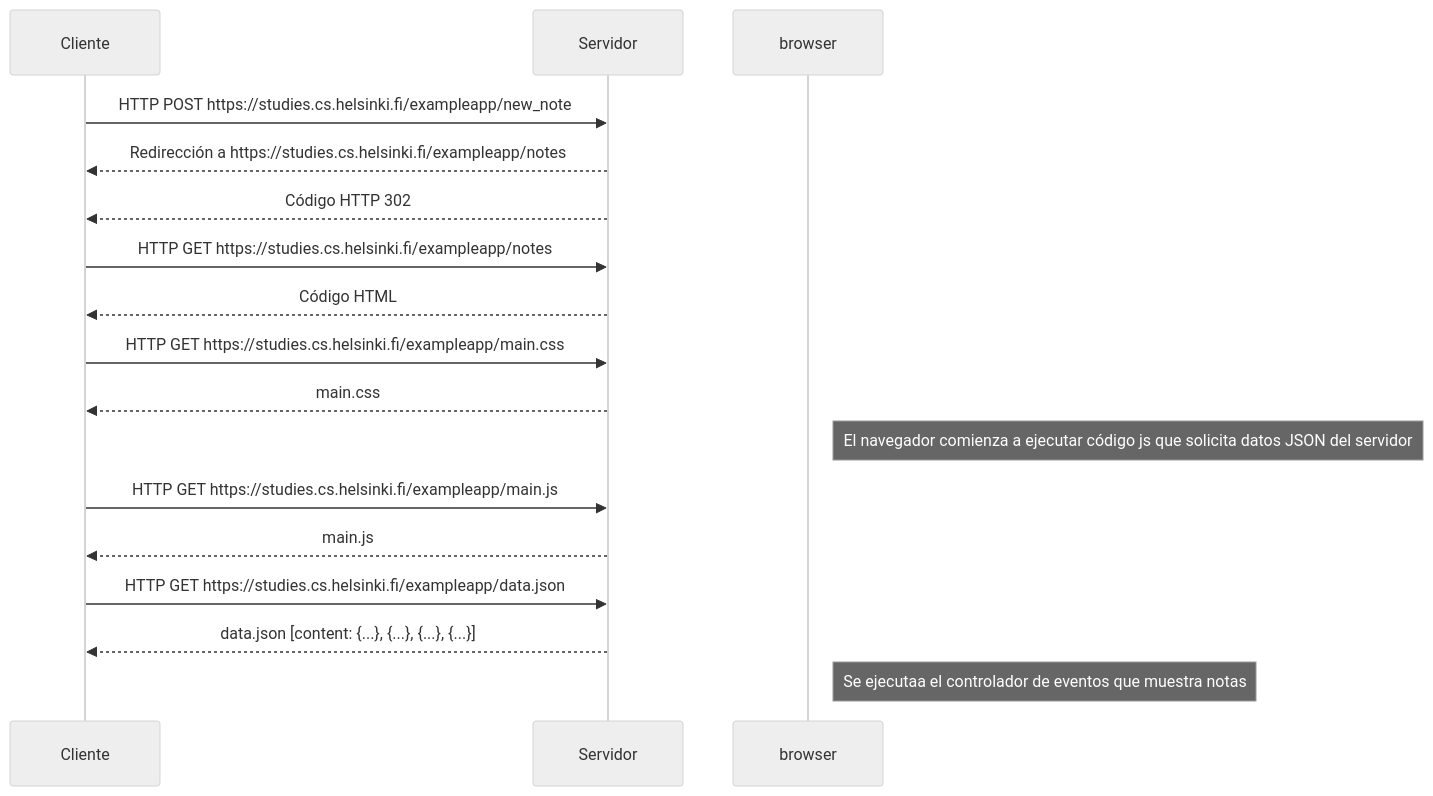
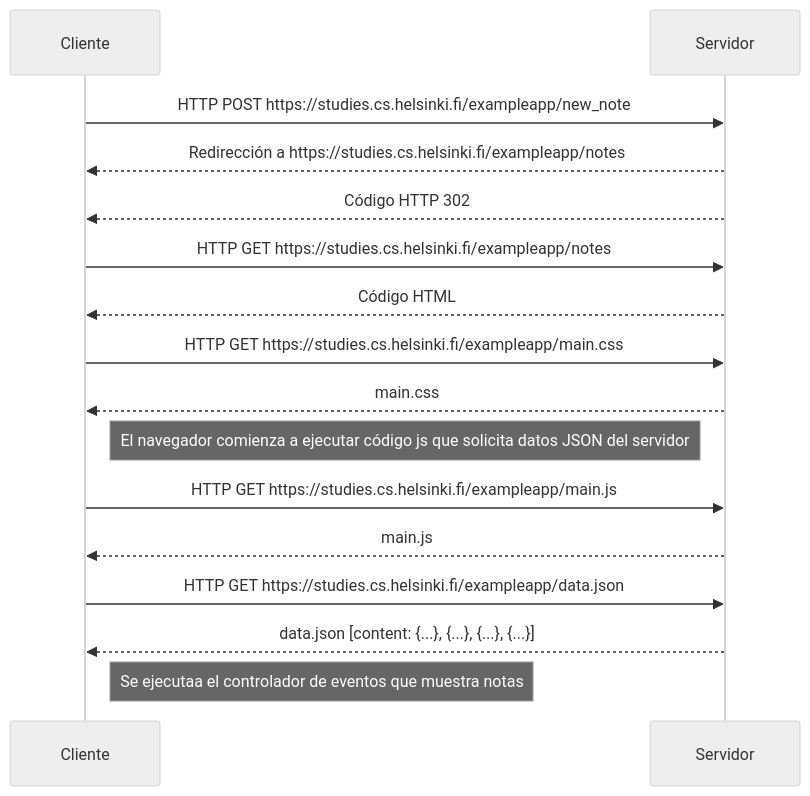
One commit to SebastianPera/Fullstackopen changed the diagram in diagrama_secuencia.mmd. Above: the diagram before and after it, drawn with Mermaid (neutral theme).

```diff
--- a/diagrama_secuencia.mmd
+++ b/diagrama_secuencia.mmd
@@ -1,24 +1,24 @@
 
 sequenceDiagram
     participant Cliente
     participant Servidor
 
     Cliente->>Servidor: HTTP POST https://studies.cs.helsinki.fi/exampleapp/new_note
     Servidor-->>Cliente: Redirección a https://studies.cs.helsinki.fi/exampleapp/notes
     Servidor-->>Cliente: Código HTTP 302
 
     Cliente->>Servidor: HTTP GET https://studies.cs.helsinki.fi/exampleapp/notes
     Servidor-->>Cliente: Código HTML
 
     Cliente->>Servidor: HTTP GET https://studies.cs.helsinki.fi/exampleapp/main.css
     Servidor-->>Cliente: main.css
 
-    Note right of browser: El navegador comienza a ejecutar código js que solicita datos JSON del servidor
+    Note right of Cliente: El navegador comienza a ejecutar código js que solicita datos JSON del servidor
 
     Cliente->>Servidor: HTTP GET https://studies.cs.helsinki.fi/exampleapp/main.js
     Servidor-->>Cliente: main.js
 
     Cliente->>Servidor: HTTP GET https://studies.cs.helsinki.fi/exampleapp/data.json
     Servidor-->>Cliente: data.json [content: {...}, {...}, {...}, {...}]
 
-    Note right of browser: Se ejecutaa el controlador de eventos que muestra notas
+    Note right of Cliente: Se ejecutaa el controlador de eventos que muestra notas
```
